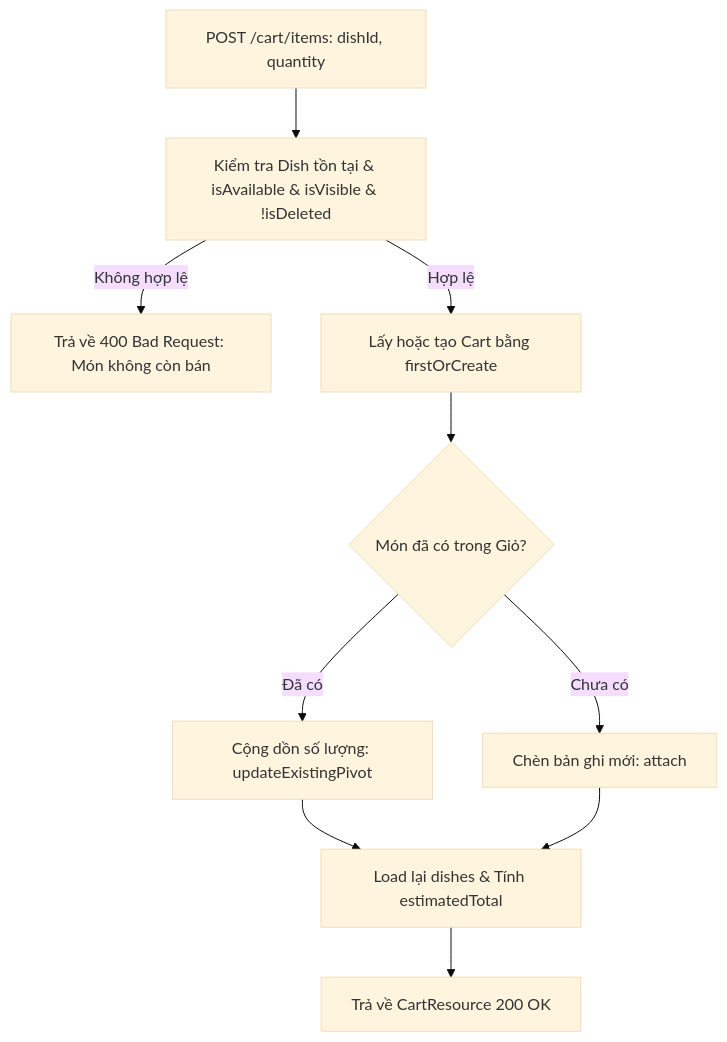
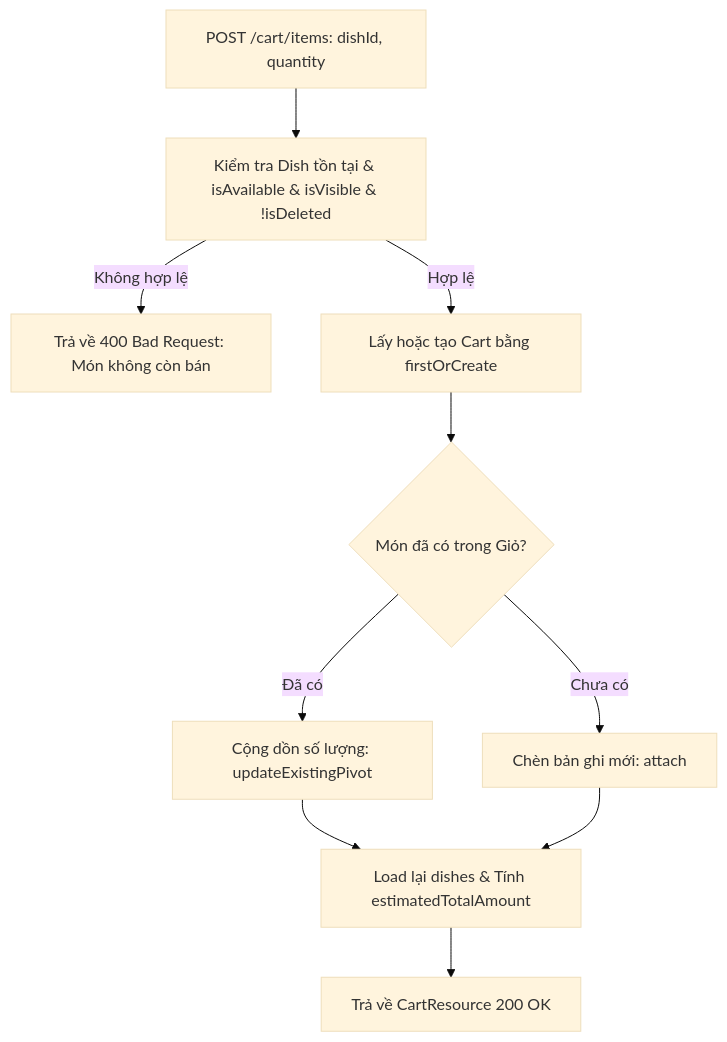
Before and after one commit to khoapoke/restaurant-fe: the diagram in docs/modules/cart.md, drawn with Mermaid (base theme). The commit also changed other lines of this file and 32 other files, not shown here.

````diff
--- a/docs/modules/cart.md
+++ b/docs/modules/cart.md
@@ -84,11 +84,11 @@
 ```mermaid
 flowchart TD
     A[POST /cart/items: dishId, quantity] --> B[Kiểm tra Dish tồn tại & isAvailable & isVisible & !isDeleted]
     B -- Không hợp lệ --> C[Trả về 400 Bad Request: Món không còn bán]
     B -- Hợp lệ --> D[Lấy hoặc tạo Cart bằng firstOrCreate]
     D --> E{Món đã có trong Giỏ?}
     E -- Đã có --> F[Cộng dồn số lượng: updateExistingPivot]
     E -- Chưa có --> G[Chèn bản ghi mới: attach]
-    F & G --> H[Load lại dishes & Tính estimatedTotal]
+    F & G --> H[Load lại dishes & Tính estimatedTotalAmount]
     H --> I[Trả về CartResource 200 OK]
 ```
````
